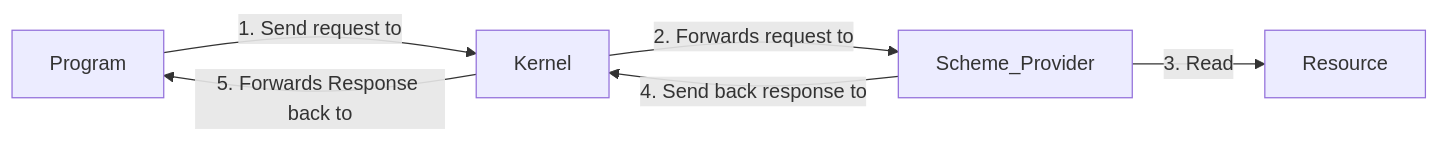
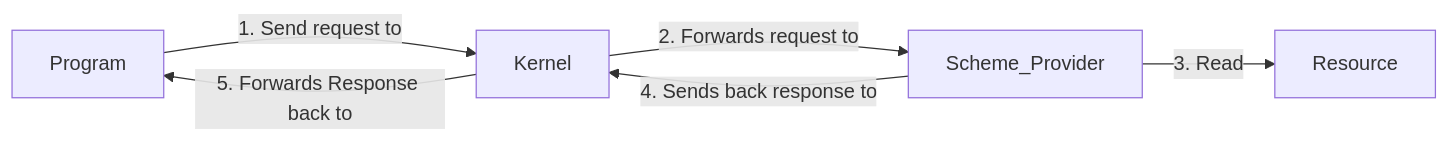
One commit to t-nil/redox_slides_study_presentation changed the third of 3 diagrams in slides.md. Above: the diagram before and after it, drawn with Mermaid. The commit also changed other lines of this file, not shown here.

````diff
--- a/slides.md
+++ b/slides.md
@@ -216,8 +260,8 @@
 ```mermaid
 graph LR
    Program -->|1. Send request to| Kernel
    Kernel -->|2. Forwards request to| Scheme_Provider
    Scheme_Provider -->|3. Read| Resource 
-   Scheme_Provider -->|4. Send back response to| Kernel
+   Scheme_Provider -->|4. Sends back response to| Kernel
    Kernel -->|5. Forwards Response back to| Program
 ```
````
